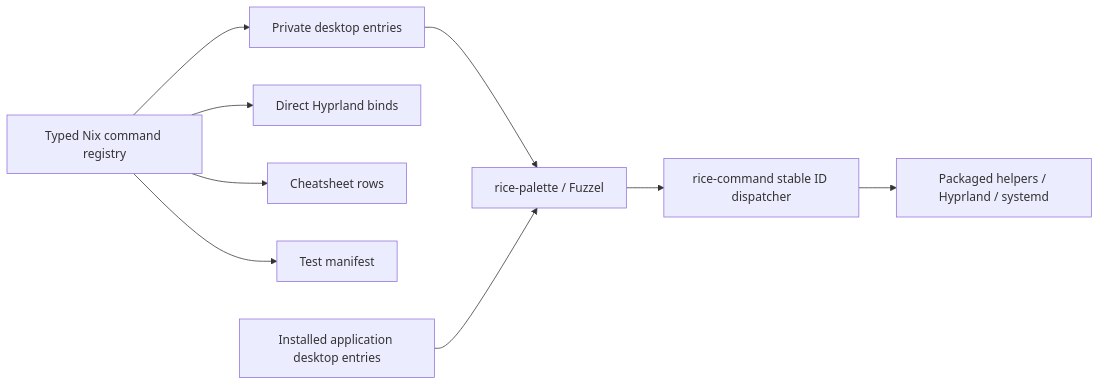
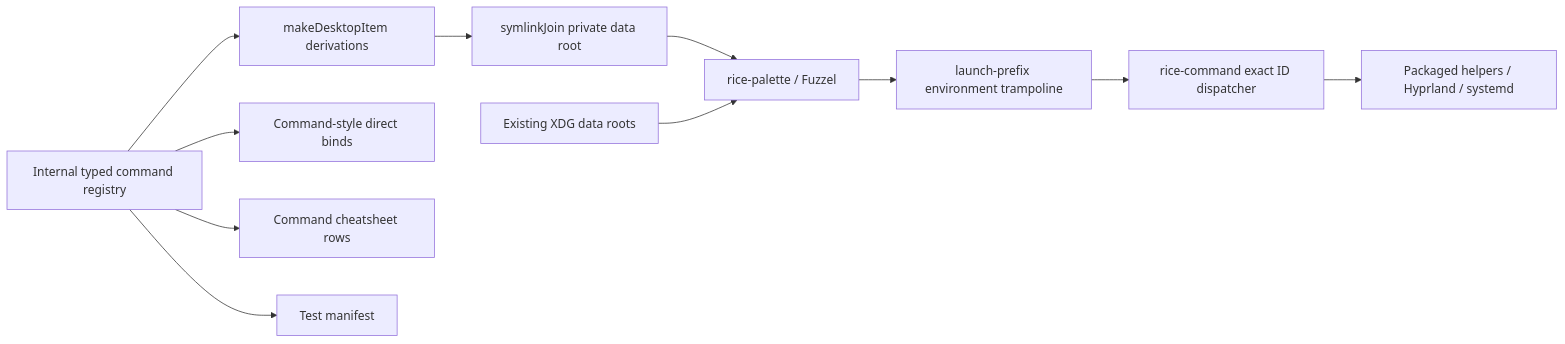
Before and after one commit to phibkro/homelab: the diagram in docs/specs/2026-07-15-unified-fuzzel-palette-design.md, drawn with Mermaid. The commit also changed other lines of this file, not shown here.

Commit message:
docs(desktop): harden unified Fuzzel palette

````diff
--- a/docs/specs/2026-07-15-unified-fuzzel-palette-design.md
+++ b/docs/specs/2026-07-15-unified-fuzzel-palette-design.md
@@ -69,11 +69,13 @@
 ```mermaid
 flowchart LR
-  R[Typed Nix command registry] --> D[Private desktop entries]
-  R --> B[Direct Hyprland binds]
-  R --> C[Cheatsheet rows]
+  R[Internal typed command registry] --> I[makeDesktopItem derivations]
+  I --> J[symlinkJoin private data root]
+  R --> B[Command-style direct binds]
+  R --> C[Command cheatsheet rows]
   R --> M[Test manifest]
-  D --> P[rice-palette / Fuzzel]
-  A[Installed application desktop entries] --> P
-  P --> X[rice-command stable ID dispatcher]
+  J --> P[rice-palette / Fuzzel]
+  A[Existing XDG data roots] --> P
+  P --> L[launch-prefix environment trampoline]
+  L --> X[rice-command exact ID dispatcher]
   X --> H[Packaged helpers / Hyprland / systemd]
 ```
````
